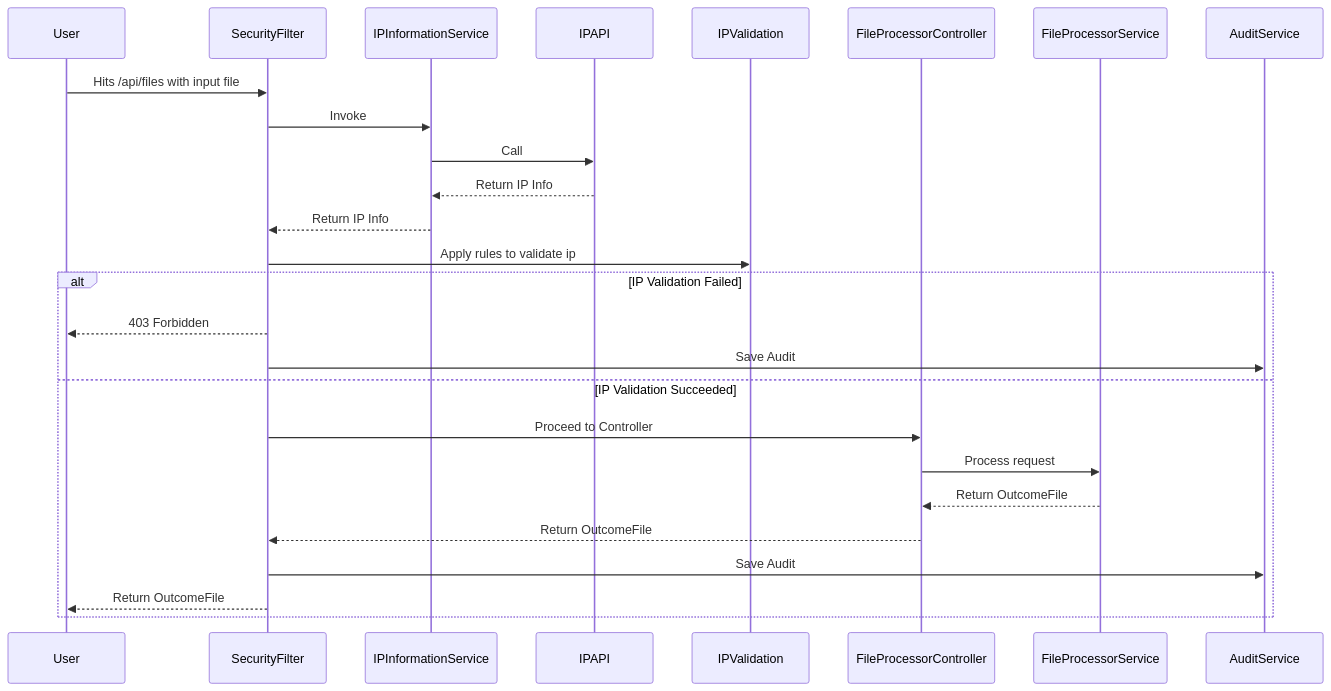
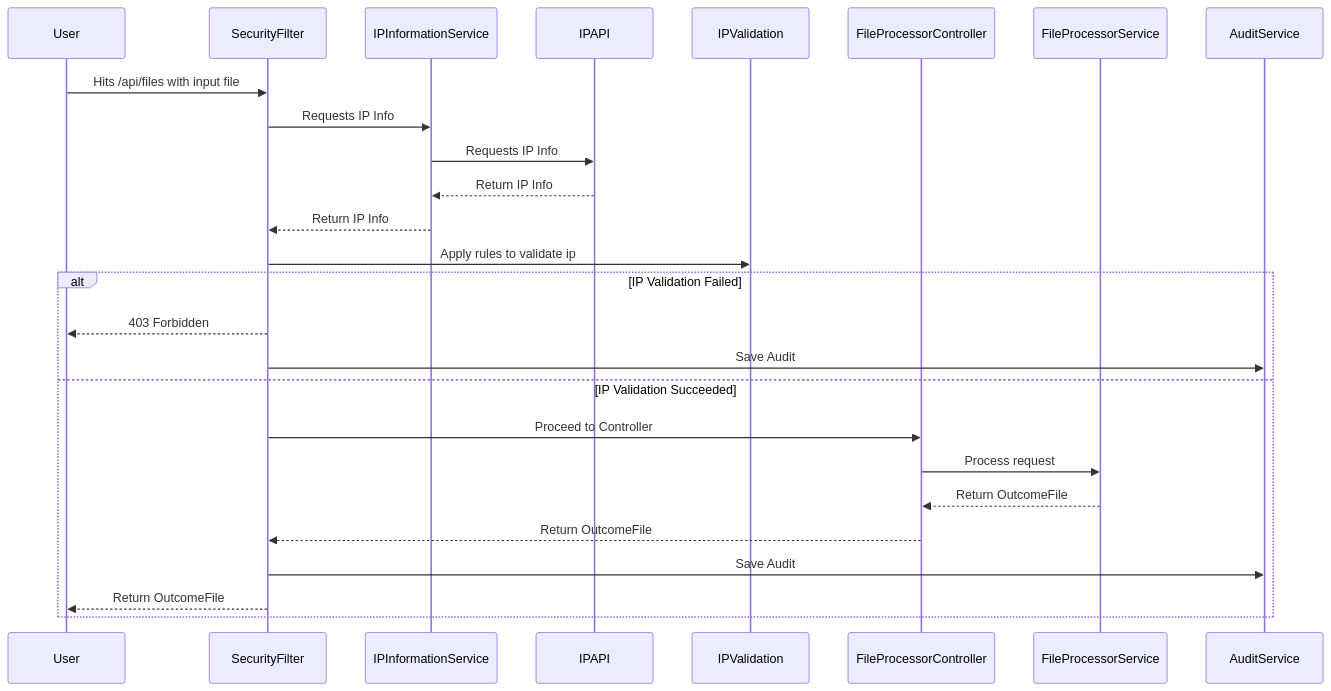
The diagram in README.md (skkcoder/assessment), drawn with Mermaid before and after one commit.

Commit message:
readme update

````diff
--- a/README.md
+++ b/README.md
@@ -30,28 +30,28 @@
 ```mermaid
 sequenceDiagram
    participant User
    participant SecurityFilter
    participant IPInformationService
    participant IPAPI
    participant IPValidation
    participant FileProcessorController
    participant FileProcessorService
    participant AuditService
       User->>SecurityFilter: Hits /api/files with input file
-      SecurityFilter->>IPInformationService: Invoke
-      IPInformationService->>IPAPI: Call
+      SecurityFilter->>IPInformationService: Requests IP Info
+      IPInformationService->>IPAPI: Requests IP Info
       IPAPI-->>IPInformationService: Return IP Info
       IPInformationService-->>SecurityFilter: Return IP Info
       SecurityFilter->>IPValidation: Apply rules to validate ip
       alt IP Validation Failed
          SecurityFilter-->>User: 403 Forbidden
          SecurityFilter->>AuditService: Save Audit
       else IP Validation Succeeded
          SecurityFilter->>FileProcessorController: Proceed to Controller
          FileProcessorController->>FileProcessorService: Process request
          FileProcessorService-->>FileProcessorController: Return OutcomeFile
          FileProcessorController-->>SecurityFilter: Return OutcomeFile
          SecurityFilter->>AuditService: Save Audit
          SecurityFilter-->>User: Return OutcomeFile
       end
 ```
````
